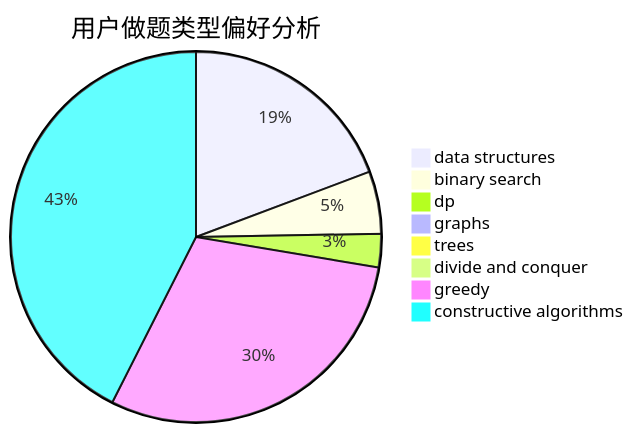
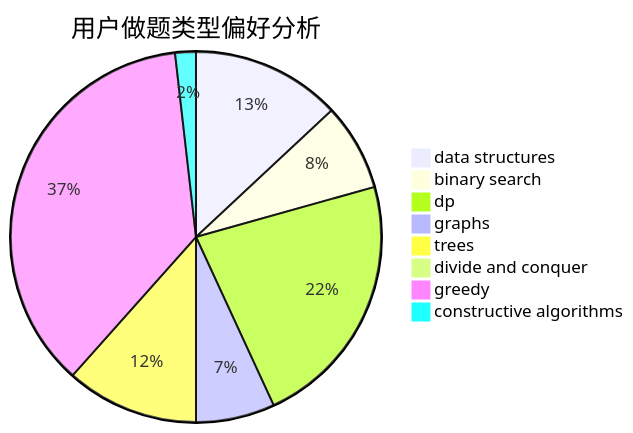
Before and after one commit to sherpahu/cfrs.github.io: the second of 3 diagrams in docs/user/u2484.md, drawn with Mermaid. The commit also changed other lines of this file and 2770 other files, not shown here.

````diff
--- a/docs/user/u2484.md
+++ b/docs/user/u2484.md
@@ -23,11 +23,11 @@
 ```mermaid
 pie title 用户做题类型偏好分析
-    "data structures" :  53
-    "binary search" :  15
-    "dp" :  8
-    "graphs" :  0
-    "trees" :  0
+    "data structures" :  36
+    "binary search" :  21
+    "dp" :  62
+    "graphs" :  19
+    "trees" :  32
     "divide and conquer" :  0
-    "greedy" :  82
-    "constructive algorithms" :  117
+    "greedy" :  101
+    "constructive algorithms" :  5
 ```
````
